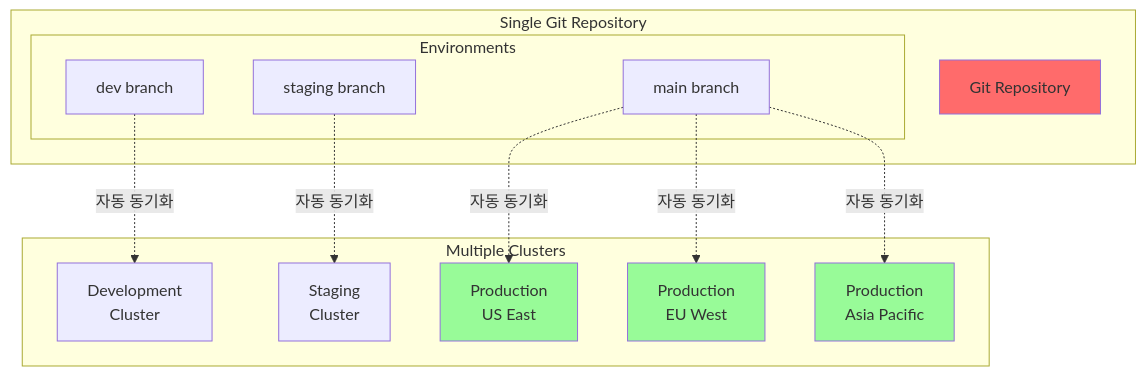
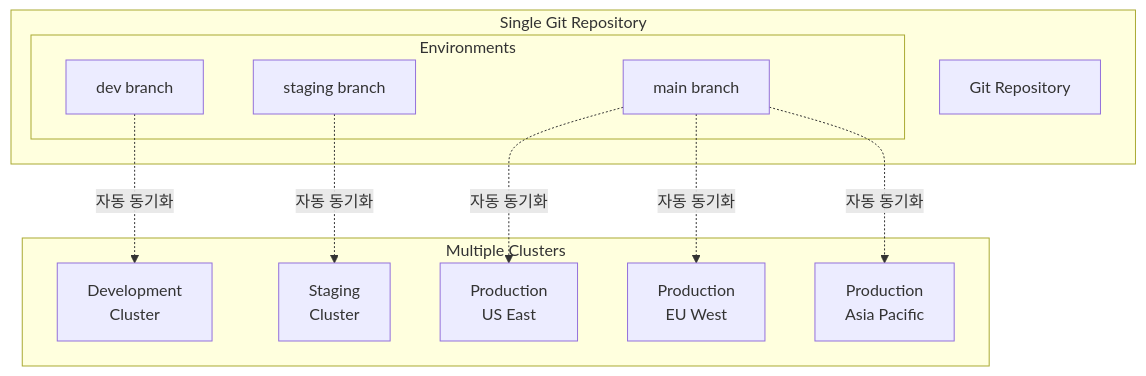
Before and after one commit to juwon8891/juwon8891.github.io: diagram 15 of 41 in docs/cicd/week1-image-build.md, drawn with Mermaid. The commit also changed other lines of this file and 18 other files, not shown here.

Commit message:
Remove bright colors from Mermaid diagrams for dark mode compatibility

````diff
--- a/docs/cicd/week1-image-build.md
+++ b/docs/cicd/week1-image-build.md
@@ -913,31 +879,27 @@
 ```mermaid
 graph TB
     subgraph "Single Git Repository"
         GIT[Git Repository]
 
         subgraph "Environments"
             DEV_BRANCH[dev branch]
             STAGING_BRANCH[staging branch]
             PROD_BRANCH[main branch]
         end
     end
 
     subgraph "Multiple Clusters"
         DEV_CLUSTER[Development<br/>Cluster]
         STAGING_CLUSTER[Staging<br/>Cluster]
         PROD_CLUSTER_US[Production<br/>US East]
         PROD_CLUSTER_EU[Production<br/>EU West]
         PROD_CLUSTER_ASIA[Production<br/>Asia Pacific]
     end
 
     DEV_BRANCH -.->|자동 동기화| DEV_CLUSTER
     STAGING_BRANCH -.->|자동 동기화| STAGING_CLUSTER
     PROD_BRANCH -.->|자동 동기화| PROD_CLUSTER_US
     PROD_BRANCH -.->|자동 동기화| PROD_CLUSTER_EU
     PROD_BRANCH -.->|자동 동기화| PROD_CLUSTER_ASIA
 
-    style GIT fill:#FF6B6B
-    style PROD_CLUSTER_US fill:#98FB98
-    style PROD_CLUSTER_EU fill:#98FB98
-    style PROD_CLUSTER_ASIA fill:#98FB98
 ```
````
